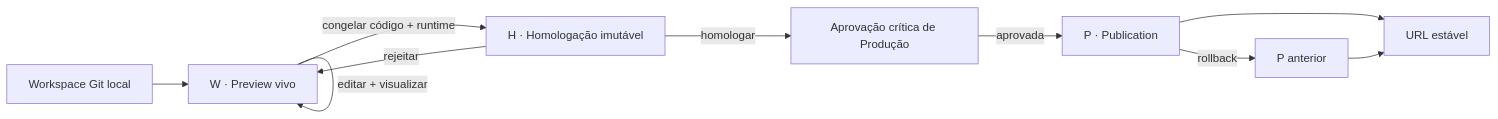
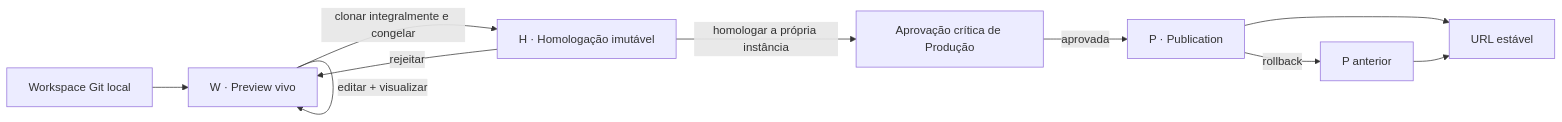
Before and after one commit to debianlima/cloudiff: the diagram in docs/FLUXO-WHP-PUBLICACAO.md, drawn with Mermaid. The commit also changed other lines of this file and 8 other files, not shown here.

````diff
--- a/docs/FLUXO-WHP-PUBLICACAO.md
+++ b/docs/FLUXO-WHP-PUBLICACAO.md
@@ -158,12 +160,12 @@
 ```mermaid
 flowchart LR
     G[Workspace Git local] --> W[W · Preview vivo]
     W -->|editar + visualizar| W
-    W -->|congelar código + runtime| H[H · Homologação imutável]
+    W -->|clonar integralmente e congelar| H[H · Homologação imutável]
     H -->|rejeitar| W
-    H -->|homologar| A[Aprovação crítica de Produção]
+    H -->|homologar a própria instância| A[Aprovação crítica de Produção]
     A -->|aprovada| P[P · Publication]
     P --> S[URL estável]
     P -->|rollback| R[P anterior]
     R --> S
 ```
````
